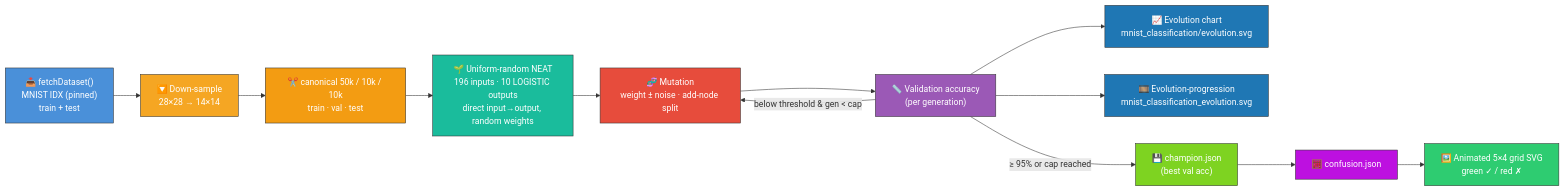
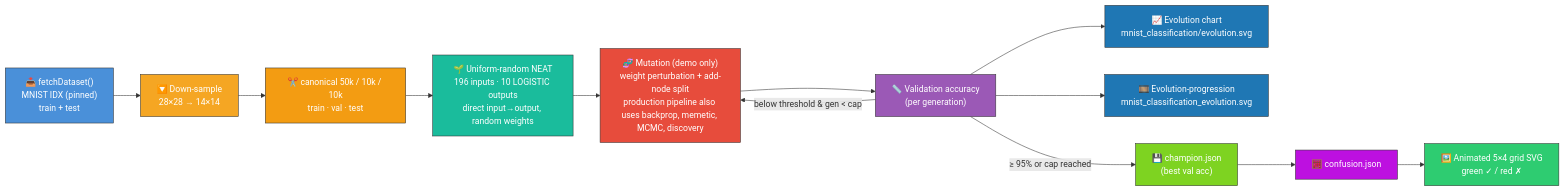
Before and after one commit to stSoftwareAU/NEAT-AI-Examples: the diagram in mnist_classification/README.md, drawn with Mermaid. The commit also changed other lines of this file and 3 other files, not shown here.

````diff
--- a/mnist_classification/README.md
+++ b/mnist_classification/README.md
@@ -48,32 +48,32 @@
 ```mermaid
 flowchart LR
     DL["📥 fetchDataset()<br/>MNIST IDX (pinned)<br/>train + test"]
     DOWN["🔽 Down-sample<br/>28×28 → 14×14"]
     SPLIT["✂️ canonical 50k / 10k / 10k<br/>train · val · test"]
     NOISE["🌱 Uniform-random NEAT<br/>196 inputs · 10 LOGISTIC outputs<br/>direct input→output, random weights"]
-    MUT["🧬 Mutation<br/>weight ± noise · add-node split"]
+    MUT["🧬 Mutation (demo only)<br/>weight perturbation + add-node split<br/>production pipeline also uses backprop, memetic, MCMC, discovery"]
     SCORE["📏 Validation accuracy<br/>(per generation)"]
     CHART["📈 Evolution chart<br/>mnist_classification/evolution.svg"]
     STRIP["🎞️ Evolution-progression<br/>mnist_classification_evolution.svg"]
     CHAMP["💾 champion.json<br/>(best val acc)"]
     CONF["🧮 confusion.json"]
     GRID["🖼️ Animated 5×4 grid SVG<br/>green ✓ / red ✗"]
 
     DL --> DOWN --> SPLIT --> NOISE --> MUT --> SCORE
     SCORE -- below threshold & gen < cap --> MUT
     SCORE -- ≥ 95% or cap reached --> CHAMP --> CONF --> GRID
     SCORE --> CHART
     SCORE --> STRIP
 
     style DL fill:#4a90d9,stroke:#333,color:#fff
     style DOWN fill:#f5a623,stroke:#333,color:#fff
     style SPLIT fill:#f39c12,stroke:#333,color:#fff
     style NOISE fill:#1abc9c,stroke:#333,color:#fff
     style MUT fill:#e74c3c,stroke:#333,color:#fff
     style SCORE fill:#9b59b6,stroke:#333,color:#fff
     style CHART fill:#1f77b4,stroke:#333,color:#fff
     style STRIP fill:#1f77b4,stroke:#333,color:#fff
     style CHAMP fill:#7ed321,stroke:#333,color:#fff
     style CONF fill:#bd10e0,stroke:#333,color:#fff
     style GRID fill:#2ecc71,stroke:#333,color:#fff
 ```
````
